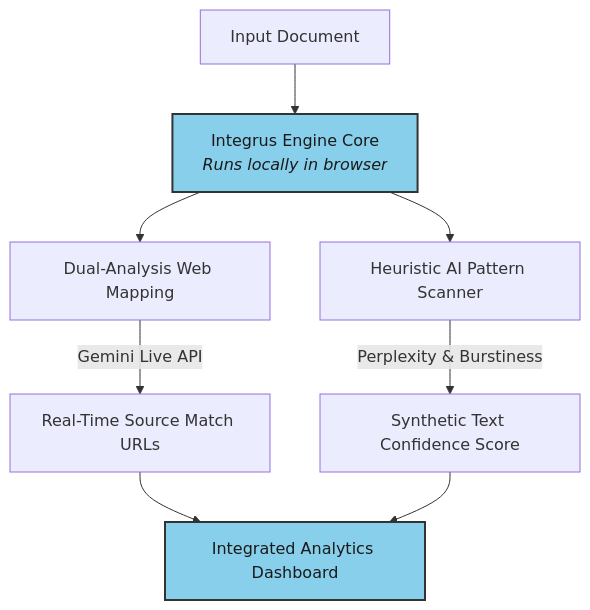
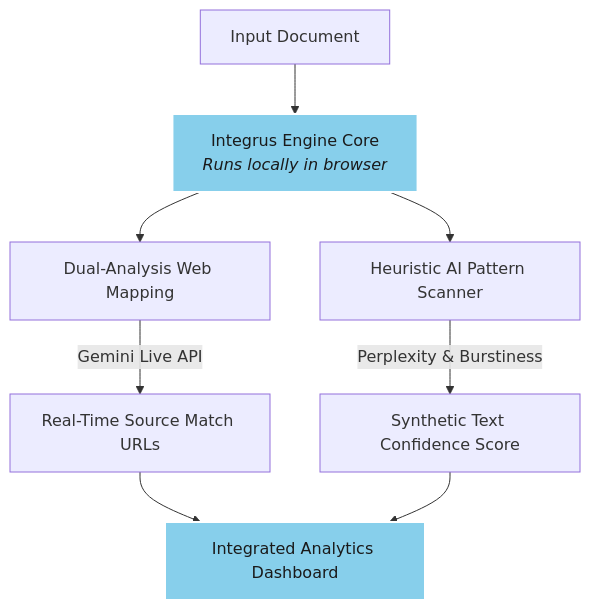
The diagram in README.md (Vipeen21/Integrus-Plagiarism-Checker), drawn with Mermaid before and after one commit.

Commit message:
Change node styles in README diagram
Updated styles for nodes B and G in the diagram.

````diff
--- a/README.md
+++ b/README.md
@@ -38,13 +38,13 @@
 ```mermaid
 graph TD
     A[Input Document] --> B[Integrus Engine Core <br/><i>Runs locally in browser</i>]
     B --> C[Dual-Analysis Web Mapping]
     B --> D[Heuristic AI Pattern Scanner]
     C -->|Gemini Live API| E[Real-Time Source Match URLs]
     D -->|Perplexity & Burstiness| F[Synthetic Text Confidence Score]
     E --> G[Integrated Analytics Dashboard]
     F --> G
     
-    style B fill:#87cfeb,stroke:#333,stroke-width:2px, color:#1A1A1A
-    style G fill:#87cfeb,stroke:#333,stroke-width:2px, color:#1A1A1A
+    style B fill:#87cfeb,stroke:#FFFFFF,stroke-width:2px, color:#1A1A1A
+    style G fill:#87cfeb,stroke:#FFFFFF,stroke-width:2px, color:#1A1A1A
 ```
````
